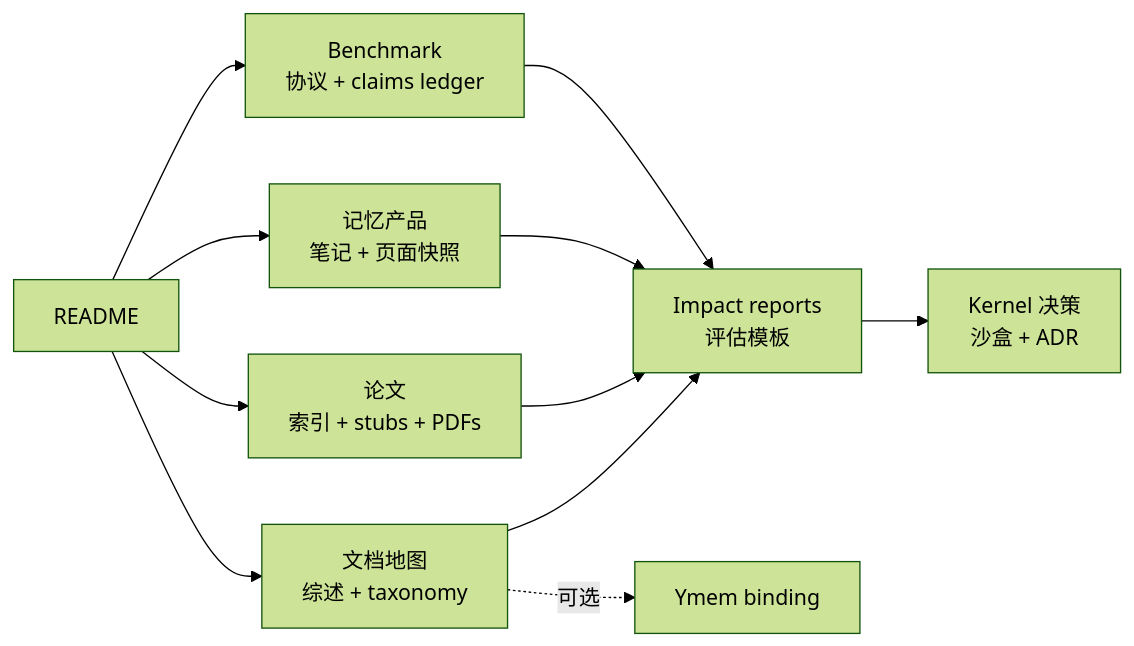
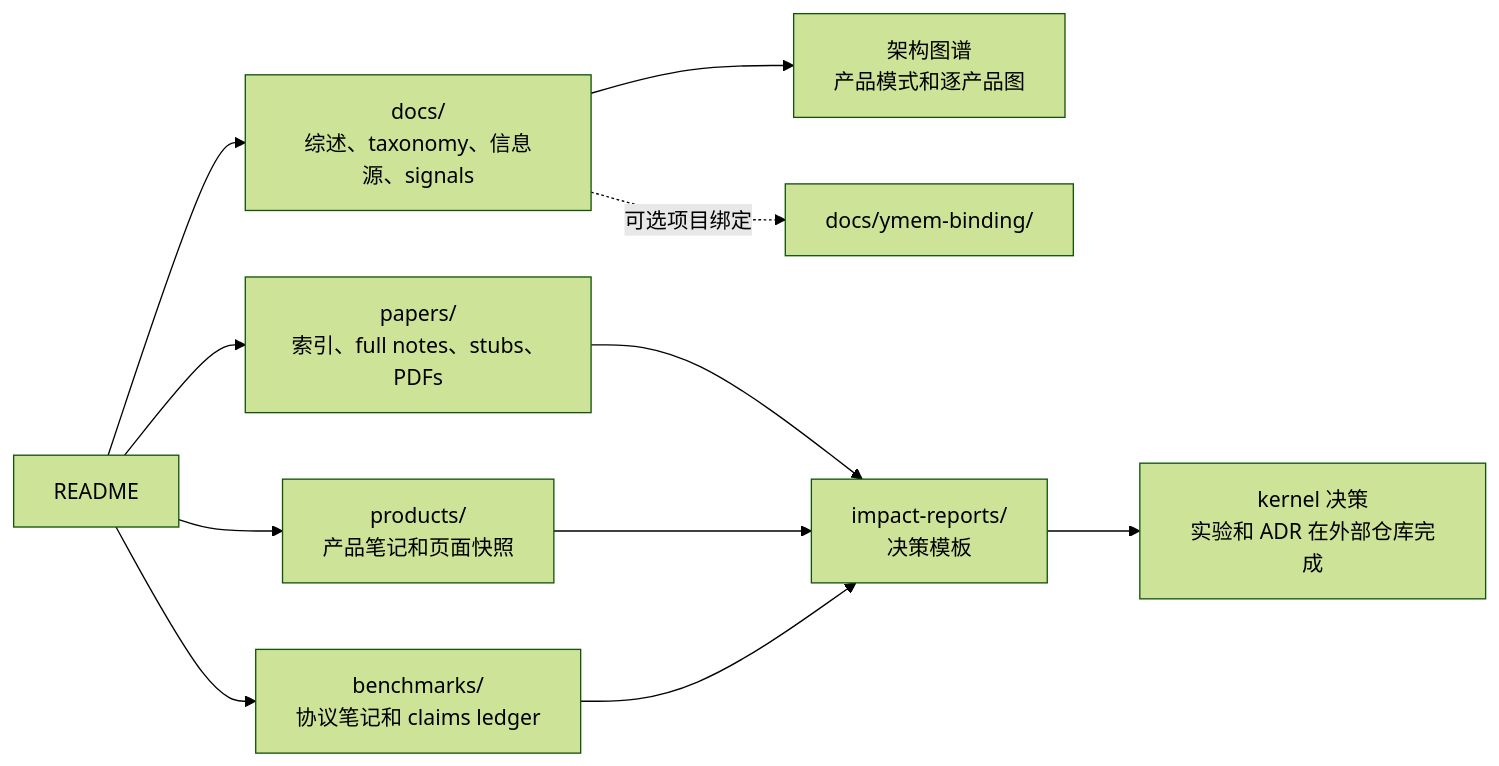
One commit to Snseam/awesome-agent-memory changed the diagram in README_cn.md. Above: the diagram before and after it, drawn with Mermaid (forest theme). The commit also changed other lines of this file and 1 other file, not shown here.

````diff
--- a/README_cn.md
+++ b/README_cn.md
@@ -46,13 +97,13 @@
 ```mermaid
 flowchart LR
-  R["README"] --> D["文档地图<br/>综述 + taxonomy"]
-  R --> P["论文<br/>索引 + stubs + PDFs"]
-  R --> PL["记忆产品<br/>笔记 + 页面快照"]
-  R --> B["Benchmark<br/>协议 + claims ledger"]
-  D --> IR["Impact reports<br/>评估模板"]
-  P --> IR
-  PL --> IR
+  R["README"] --> D["docs/<br/>综述、taxonomy、信息源、signals"]
+  R --> P["papers/<br/>索引、full notes、stubs、PDFs"]
+  R --> PR["products/<br/>产品笔记和页面快照"]
+  R --> B["benchmarks/<br/>协议笔记和 claims ledger"]
+  D --> A["架构图谱<br/>产品模式和逐产品图"]
+  P --> IR["impact-reports/<br/>决策模板"]
+  PR --> IR
   B --> IR
-  IR --> KD["Kernel 决策<br/>沙盒 + ADR"]
-  D -. "可选" .-> YB["Ymem binding"]
+  IR --> ADR["kernel 决策<br/>实验和 ADR 在外部仓库完成"]
+  D -. "可选项目绑定" .-> Y["docs/ymem-binding/"]
 ```
````
